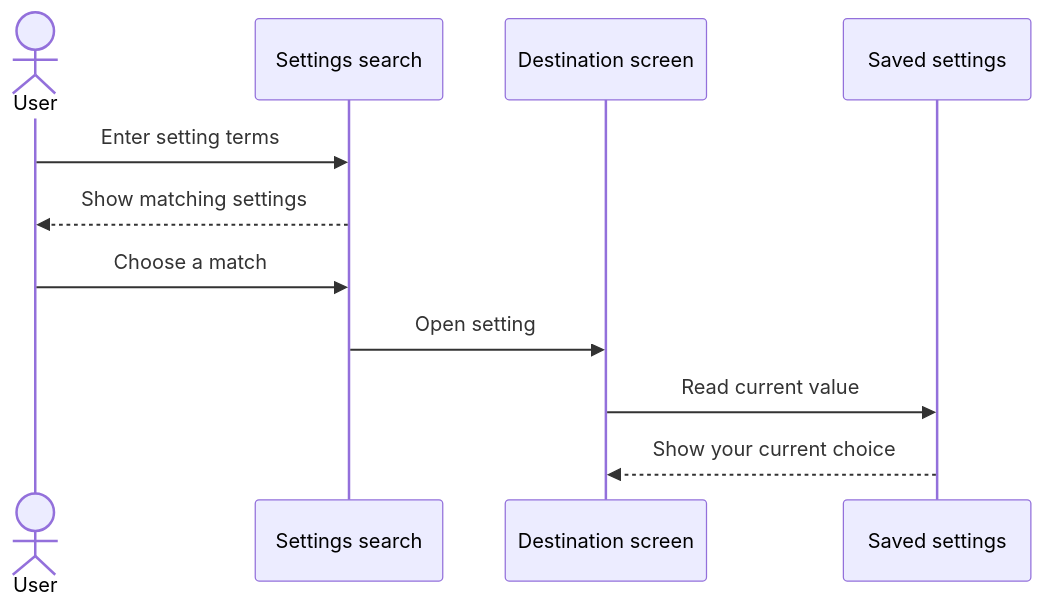
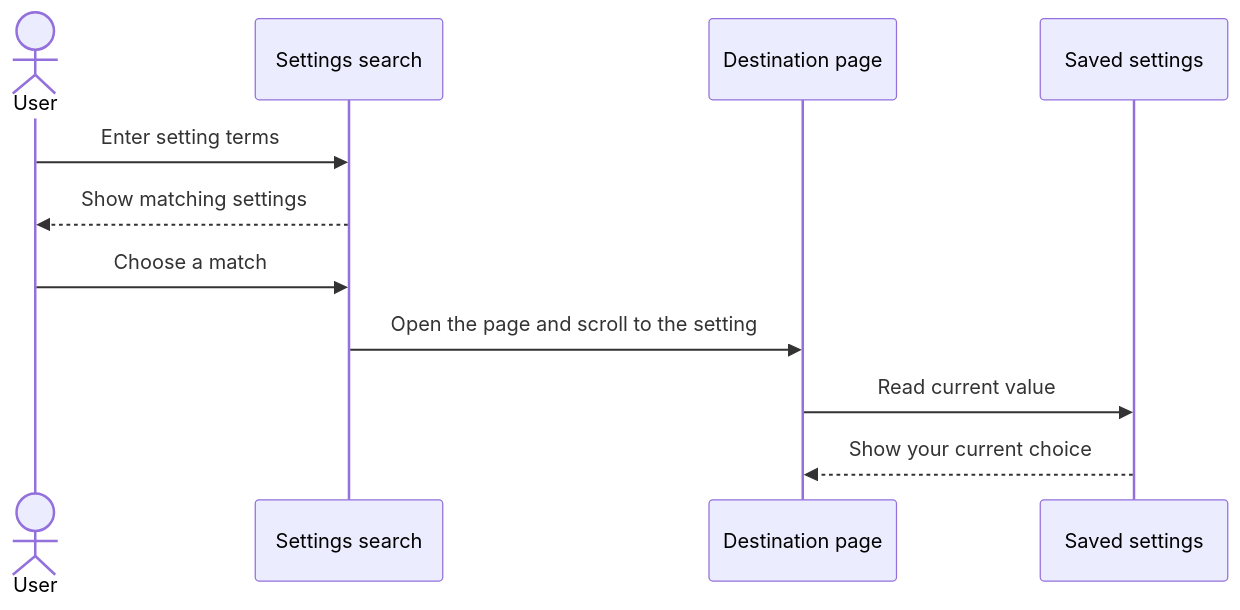
The third of 4 diagrams in docs/kmk/feature-guides/recommendation-settings.md (FancyCorey/komikku-fc), drawn with Mermaid before and after one commit. The commit also changed other lines of this file and 22 other files, not shown here.

````diff
--- a/docs/kmk/feature-guides/recommendation-settings.md
+++ b/docs/kmk/feature-guides/recommendation-settings.md
@@ -115,14 +203,14 @@
 ```mermaid
 sequenceDiagram
     actor User
     participant Search as Settings search
-    participant Screen as Destination screen
+    participant Screen as Destination page
     participant Store as Saved settings
 
     User->>Search: Enter setting terms
     Search-->>User: Show matching settings
     User->>Search: Choose a match
-    Search->>Screen: Open setting
+    Search->>Screen: Open the page and scroll to the setting
     Screen->>Store: Read current value
     Store-->>Screen: Show your current choice
 ```
````
